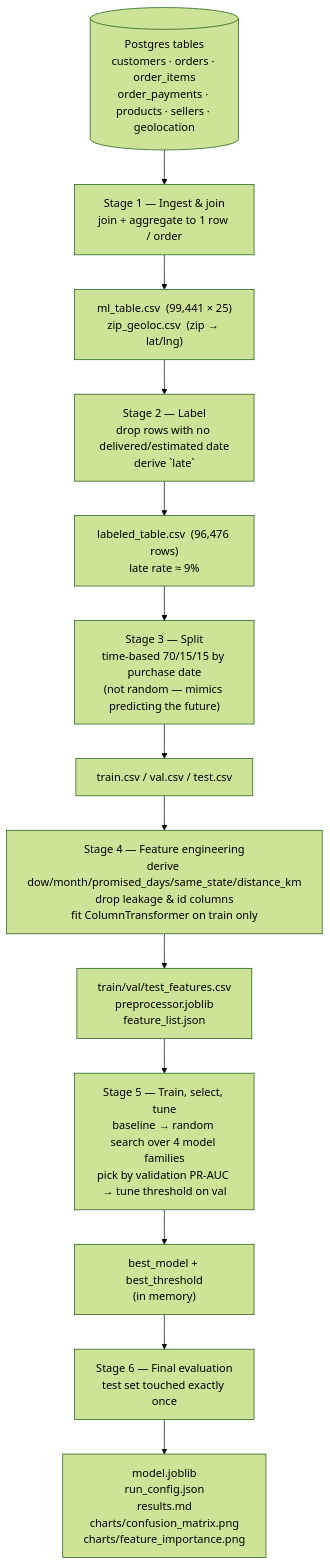
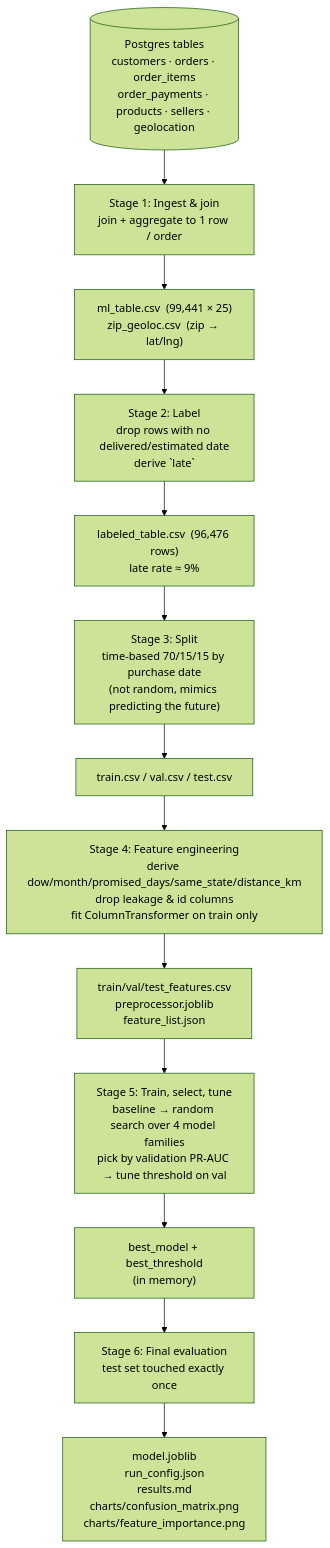
The second of 2 diagrams in README.md (Ayham162/olist-delivery-prediction-api), drawn with Mermaid (forest theme) before and after one commit. The commit also changed other lines of this file and 25 other files, not shown here.

````diff
--- a/README.md
+++ b/README.md
@@ -252,16 +251,16 @@
 ```mermaid
 flowchart TD
     RAW[("Postgres tables\ncustomers · orders · order_items\norder_payments · products · sellers · geolocation")]
-    RAW --> S1["Stage 1 — Ingest & join\njoin + aggregate to 1 row / order"]
+    RAW --> S1["Stage 1: Ingest & join\njoin + aggregate to 1 row / order"]
     S1 --> A1["ml_table.csv  (99,441 × 25)\nzip_geoloc.csv  (zip → lat/lng)"]
-    A1 --> S2["Stage 2 — Label\ndrop rows with no delivered/estimated date\nderive `late`"]
+    A1 --> S2["Stage 2: Label\ndrop rows with no delivered/estimated date\nderive `late`"]
     S2 --> A2["labeled_table.csv  (96,476 rows)\nlate rate ≈ 9%"]
-    A2 --> S3["Stage 3 — Split\ntime-based 70/15/15 by purchase date\n(not random — mimics predicting the future)"]
+    A2 --> S3["Stage 3: Split\ntime-based 70/15/15 by purchase date\n(not random, mimics predicting the future)"]
     S3 --> A3["train.csv / val.csv / test.csv"]
-    A3 --> S4["Stage 4 — Feature engineering\nderive dow/month/promised_days/same_state/distance_km\ndrop leakage & id columns\nfit ColumnTransformer on train only"]
+    A3 --> S4["Stage 4: Feature engineering\nderive dow/month/promised_days/same_state/distance_km\ndrop leakage & id columns\nfit ColumnTransformer on train only"]
     S4 --> A4["train/val/test_features.csv\npreprocessor.joblib\nfeature_list.json"]
-    A4 --> S5["Stage 5 — Train, select, tune\nbaseline → random search over 4 model families\npick by validation PR-AUC → tune threshold on val"]
+    A4 --> S5["Stage 5: Train, select, tune\nbaseline → random search over 4 model families\npick by validation PR-AUC → tune threshold on val"]
     S5 --> A5["best_model + best_threshold\n(in memory)"]
-    A5 --> S6["Stage 6 — Final evaluation\ntest set touched exactly once"]
+    A5 --> S6["Stage 6: Final evaluation\ntest set touched exactly once"]
     S6 --> A6["model.joblib\nrun_config.json\nresults.md\ncharts/confusion_matrix.png\ncharts/feature_importance.png"]
 ```
````
